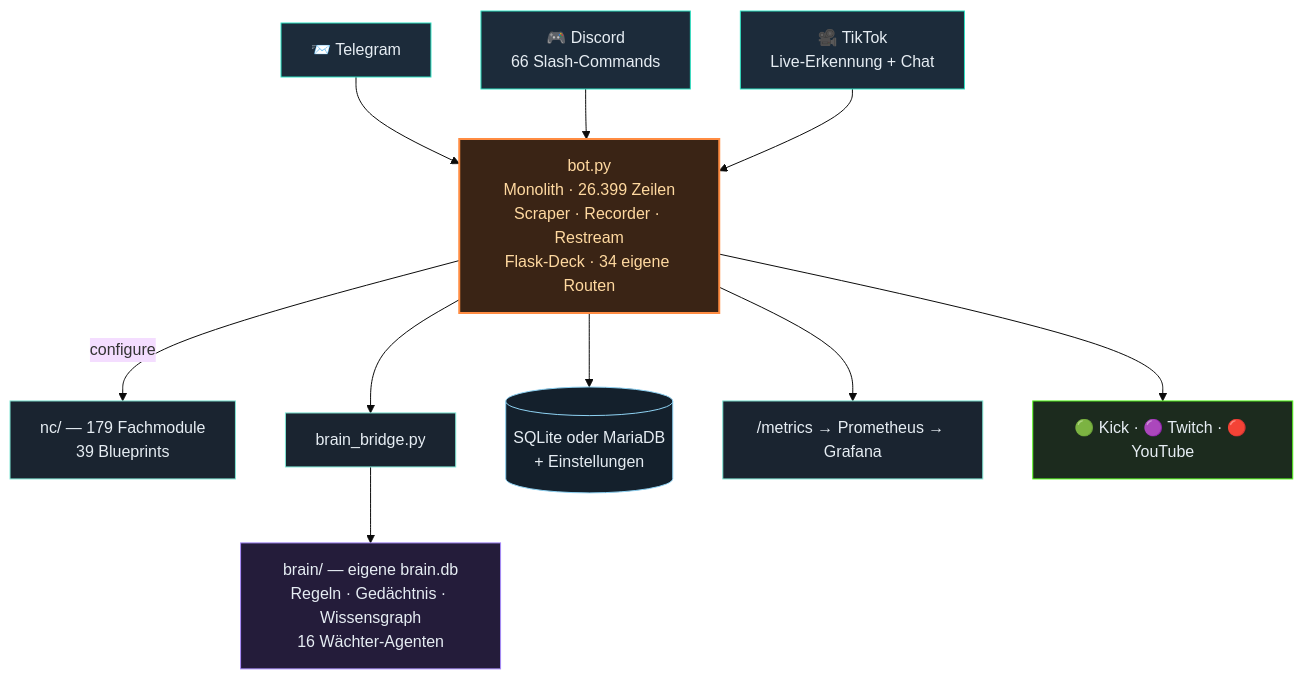
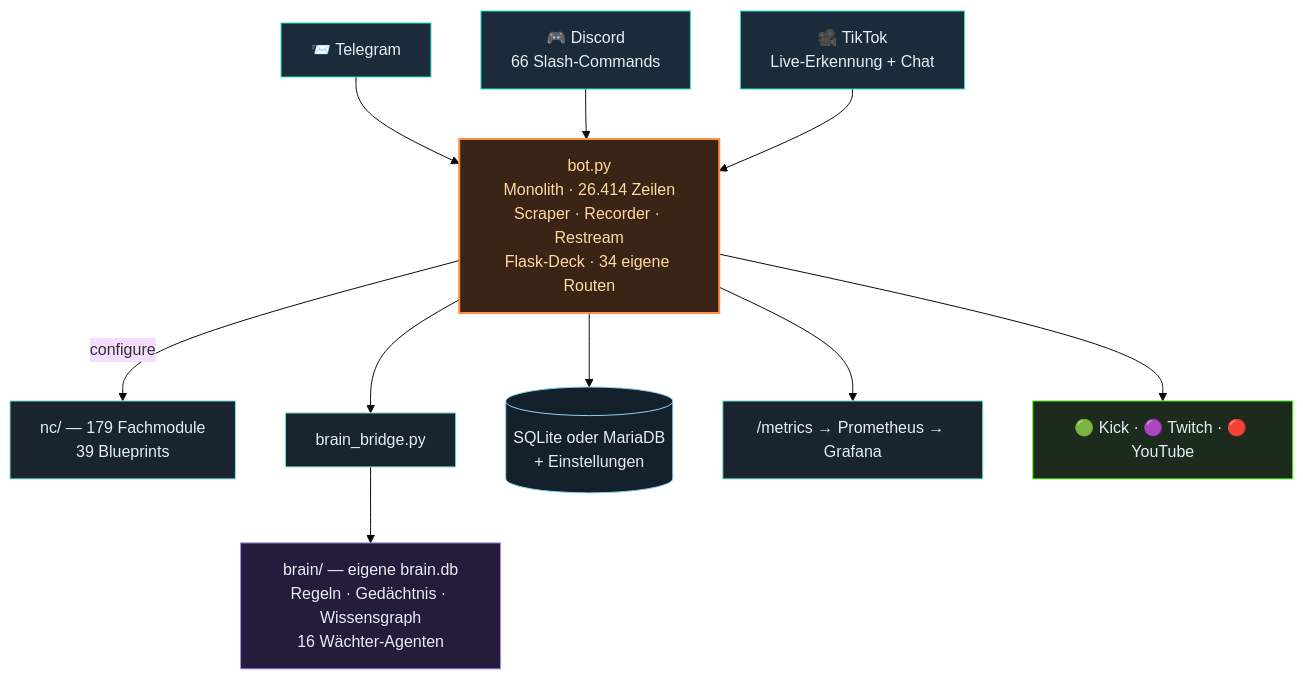
Before and after one commit to itsamemedev/Telegram-Stream-Info-Bot: the second of 3 diagrams in README.md, drawn with Mermaid (base theme). The commit also changed other lines of this file and 14 other files, not shown here.

````diff
--- a/README.md
+++ b/README.md
@@ -118,19 +118,19 @@
 ```mermaid
 flowchart TB
     TG["📨 Telegram"]:::ein --> BOT
     DC["🎮 Discord<br/>66 Slash-Commands"]:::ein --> BOT
     TT["🎥 TikTok<br/>Live-Erkennung + Chat"]:::ein --> BOT
-    BOT["bot.py<br/>Monolith · 26.399 Zeilen<br/>Scraper · Recorder · Restream<br/>Flask-Deck · 34 eigene Routen"]:::core
+    BOT["bot.py<br/>Monolith · 26.414 Zeilen<br/>Scraper · Recorder · Restream<br/>Flask-Deck · 34 eigene Routen"]:::core
     BOT -->|configure| NC["nc/ — 179 Fachmodule<br/>39 Blueprints"]:::lib
     BOT --> BR["brain_bridge.py"]:::lib
     BR --> BRAIN["brain/ — eigene brain.db<br/>Regeln · Gedächtnis · Wissensgraph<br/>16 Wächter-Agenten"]:::brain
     BOT --> DB[("SQLite oder MariaDB<br/>+ Einstellungen")]:::db
     BOT --> PROM["/metrics → Prometheus → Grafana"]:::lib
     BOT --> OUT["🟢 Kick · 🟣 Twitch · 🔴 YouTube"]:::out
     classDef ein fill:#1c2b3a,stroke:#2de1c2,color:#e6edf3
     classDef core fill:#3a2415,stroke:#ff8c42,stroke-width:2px,color:#ffd9a0
     classDef lib fill:#1a2430,stroke:#7fe7d4,color:#e6edf3
     classDef brain fill:#241c3a,stroke:#a78bfa,color:#e6edf3
     classDef db fill:#14202c,stroke:#8fd3f4,color:#e6edf3
     classDef out fill:#1c2b1e,stroke:#53fc18,color:#e6edf3
 ```
````
